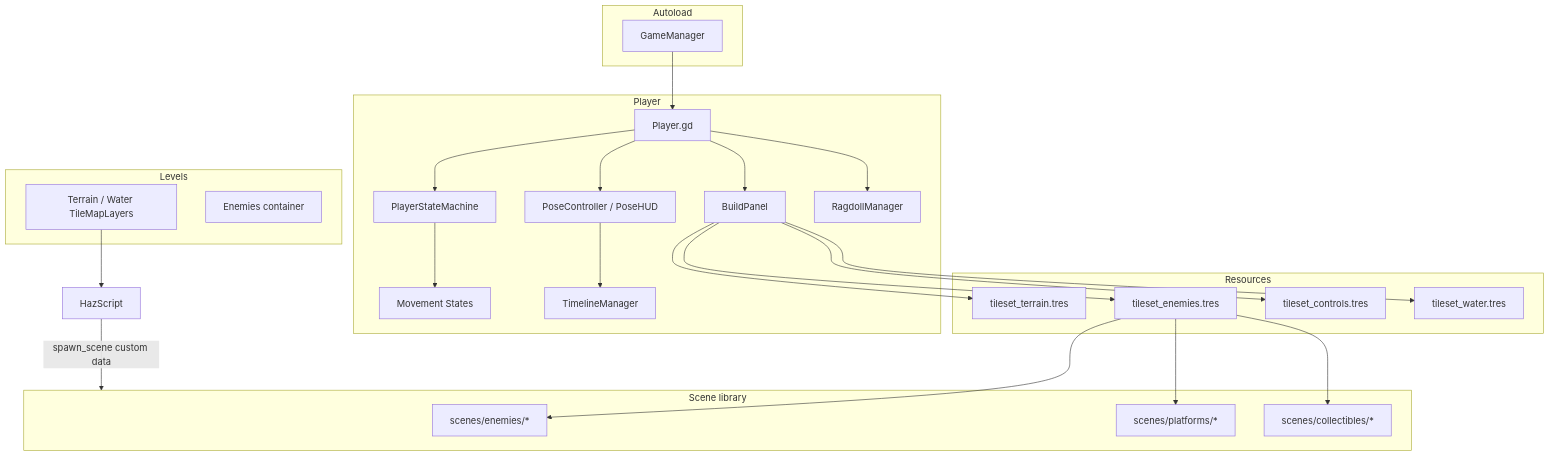
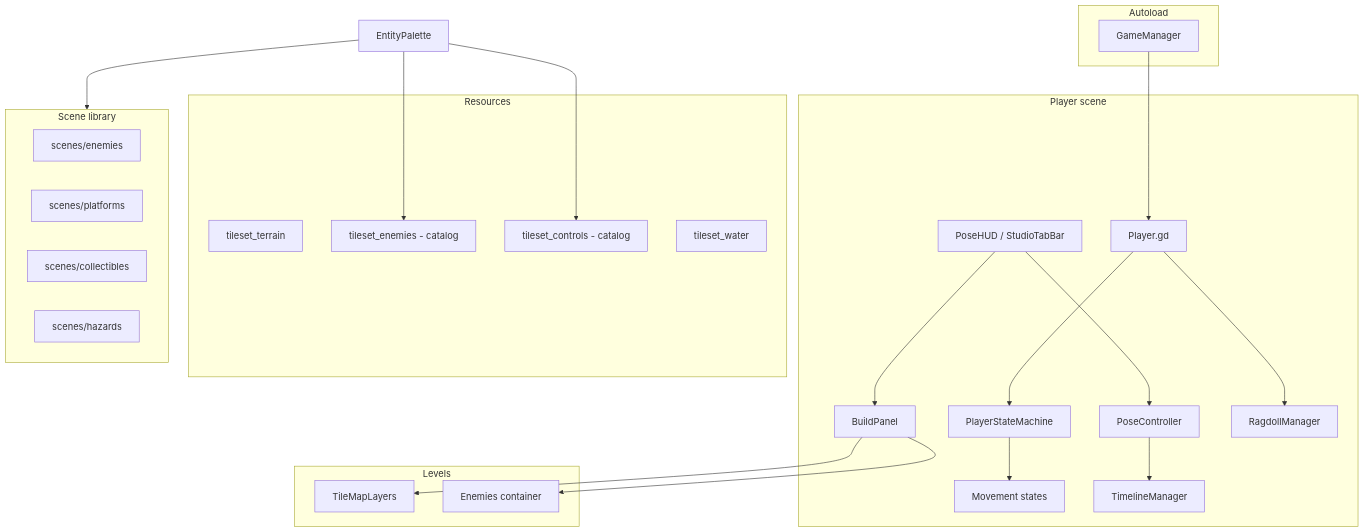
One commit to lupine-howl/masquerade changed the second of 2 diagrams in docs/ARCHITECTURE.md. Above: the diagram before and after it, drawn with Mermaid. The commit also changed other lines of this file and 5 other files, not shown here.

First line of the commit message:
Rewrite roadmap and docs for teaching-first game creation vision

````diff
--- a/docs/ARCHITECTURE.md
+++ b/docs/ARCHITECTURE.md
@@ -7,49 +54,47 @@
 ```mermaid
 flowchart TB
   subgraph autoload [Autoload]
     GM[GameManager]
   end
 
-  subgraph player_stack [Player]
+  subgraph player_stack [Player scene]
     Player[Player.gd]
     SM[PlayerStateMachine]
-    States[Movement States]
-    Pose[PoseController / PoseHUD]
+    States[Movement states]
+    HUD[PoseHUD / StudioTabBar]
+    Pose[PoseController]
     Timeline[TimelineManager]
     Build[BuildPanel]
     Ragdoll[RagdollManager]
   end
 
   subgraph levels [Levels]
-    Layers[Terrain / Water TileMapLayers]
+    Layers[TileMapLayers]
     Entities[Enemies container]
   end
 
   subgraph resources [Resources]
-    TS_T[tileset_terrain.tres]
-    TS_E[tileset_enemies.tres]
-    TS_C[tileset_controls.tres]
-    TS_W[tileset_water.tres]
+    TS_T[tileset_terrain]
+    TS_E[tileset_enemies - catalog]
+    TS_C[tileset_controls - catalog]
+    TS_W[tileset_water]
   end
 
   subgraph scenes_lib [Scene library]
-    Enemies[scenes/enemies/*]
-    Platforms[scenes/platforms/*]
-    Collectibles[scenes/collectibles/*]
+    Enemies[scenes/enemies]
+    Platforms[scenes/platforms]
+    Collectibles[scenes/collectibles]
+    Hazards[scenes/hazards]
   end
 
   GM --> Player
   Player --> SM --> States
-  Player --> Pose --> Timeline
-  Player --> Build
+  HUD --> Pose --> Timeline
+  HUD --> Build
   Player --> Ragdoll
-  Build --> TS_T
-  Build --> TS_E
-  Build --> TS_C
-  Build --> TS_W
-  HazScript -->|"spawn_scene custom data"| scenes_lib
-  TS_E --> Enemies
-  TS_E --> Platforms
-  TS_E --> Collectibles
-  Layers --> HazScript
+  Build --> Layers
+  Build --> Entities
+  EntityPalette --> TS_E
+  EntityPalette --> TS_C
+  EntityPalette --> scenes_lib
 ```
````
